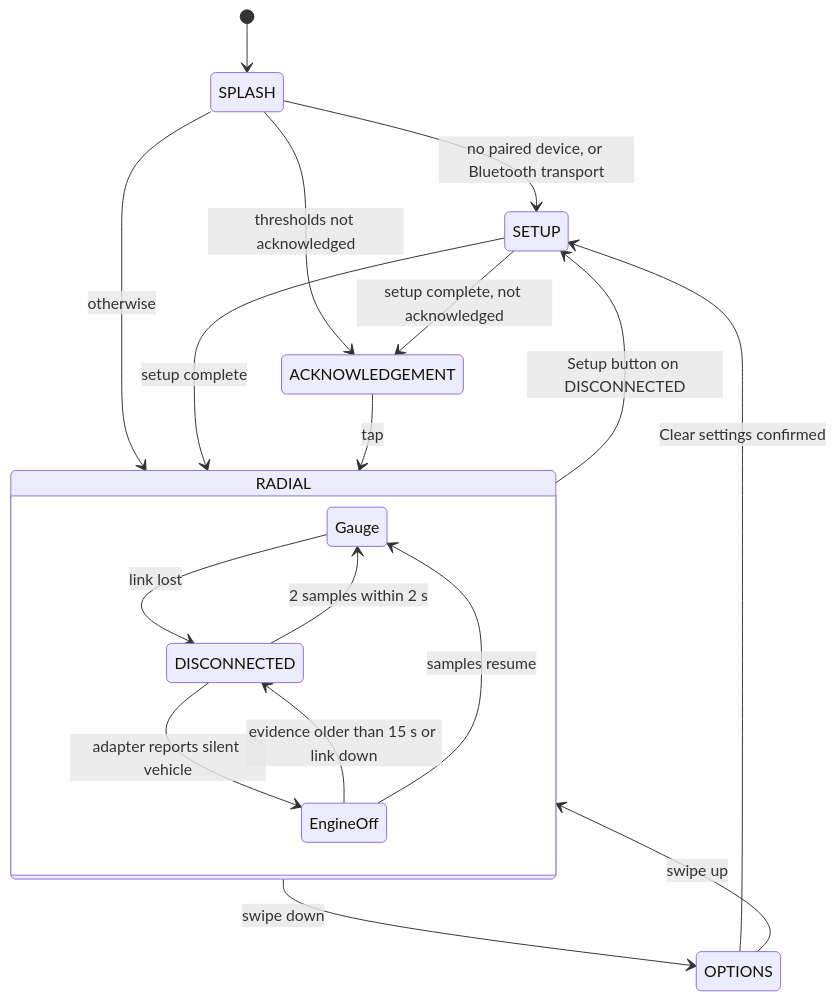
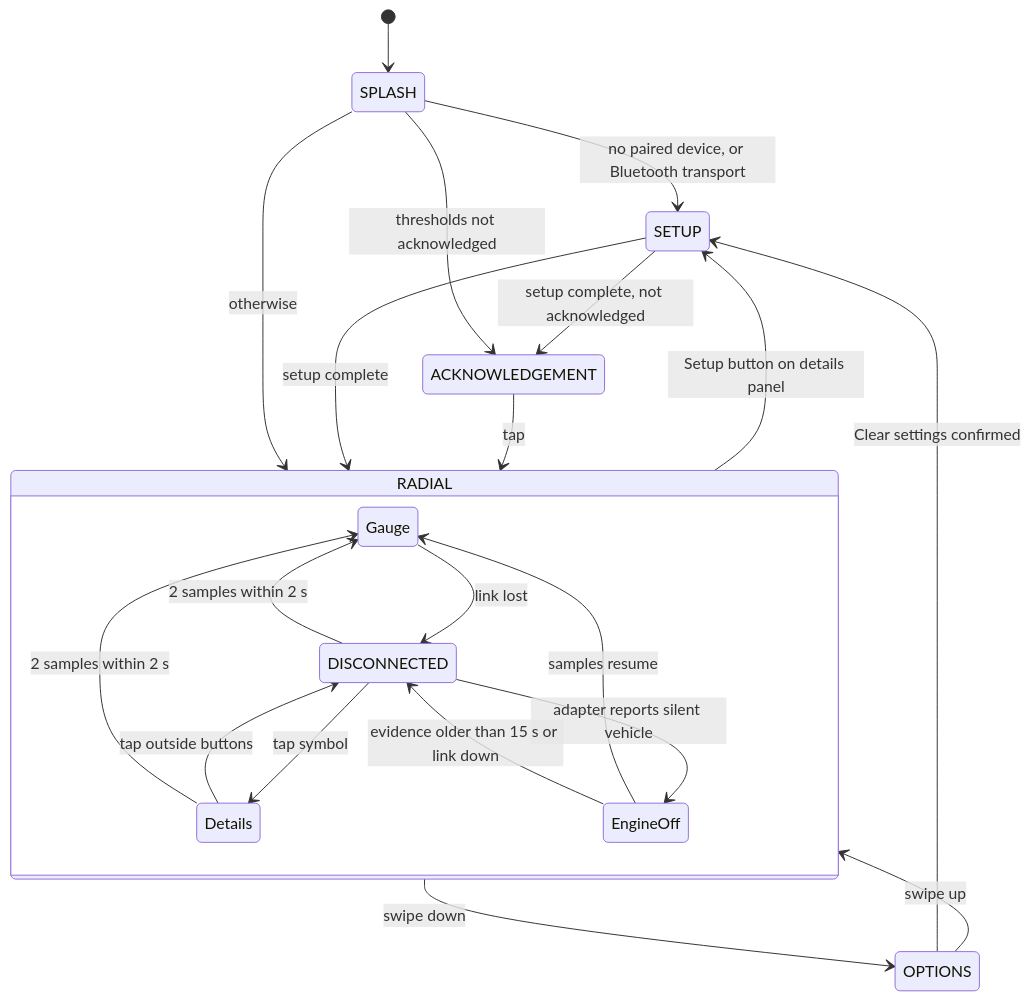
Before and after one commit to William12556/GTach: the diagram in ai/workspace/design/design-b8c9d0e1-component_display_manager.md, drawn with Mermaid. The commit also changed other lines of this file and 1 other file, not shown here.

First line of the commit message:
docs(design): symbol-based Engine off and DISCONNECTED states, OPTIONS title removed

````diff
--- a/ai/workspace/design/design-b8c9d0e1-component_display_manager.md
+++ b/ai/workspace/design/design-b8c9d0e1-component_display_manager.md
@@ -261,21 +280,24 @@
 ```mermaid
 stateDiagram-v2
     [*] --> SPLASH
     SPLASH --> SETUP: no paired device, or Bluetooth transport
     SPLASH --> ACKNOWLEDGEMENT: thresholds not acknowledged
     SPLASH --> RADIAL: otherwise
     SETUP --> ACKNOWLEDGEMENT: setup complete, not acknowledged
     SETUP --> RADIAL: setup complete
     ACKNOWLEDGEMENT --> RADIAL: tap
     state RADIAL {
         Gauge --> DISCONNECTED: link lost
+        DISCONNECTED --> Details: tap symbol
+        Details --> DISCONNECTED: tap outside buttons
+        Details --> Gauge: 2 samples within 2 s
         DISCONNECTED --> Gauge: 2 samples within 2 s
         DISCONNECTED --> EngineOff: adapter reports silent vehicle
         EngineOff --> Gauge: samples resume
         EngineOff --> DISCONNECTED: evidence older than 15 s or link down
     }
     RADIAL --> OPTIONS: swipe down
     OPTIONS --> RADIAL: swipe up
     OPTIONS --> SETUP: Clear settings confirmed
-    RADIAL --> SETUP: Setup button on DISCONNECTED
+    RADIAL --> SETUP: Setup button on details panel
 ```
````
